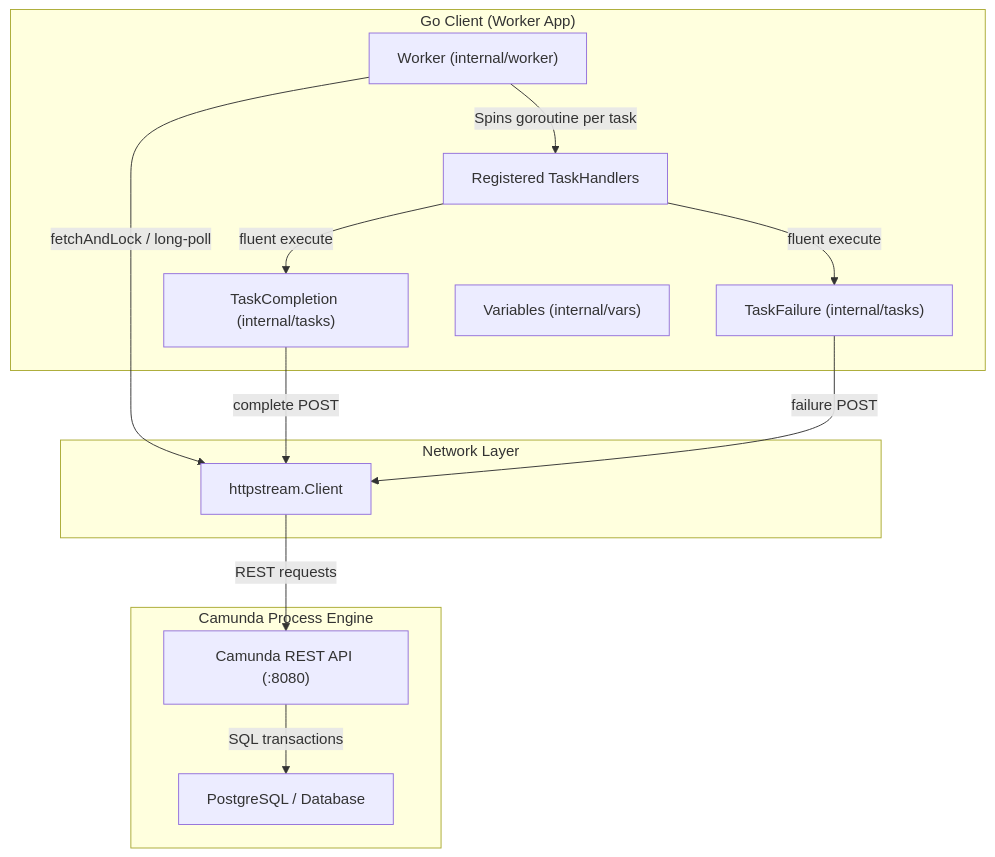
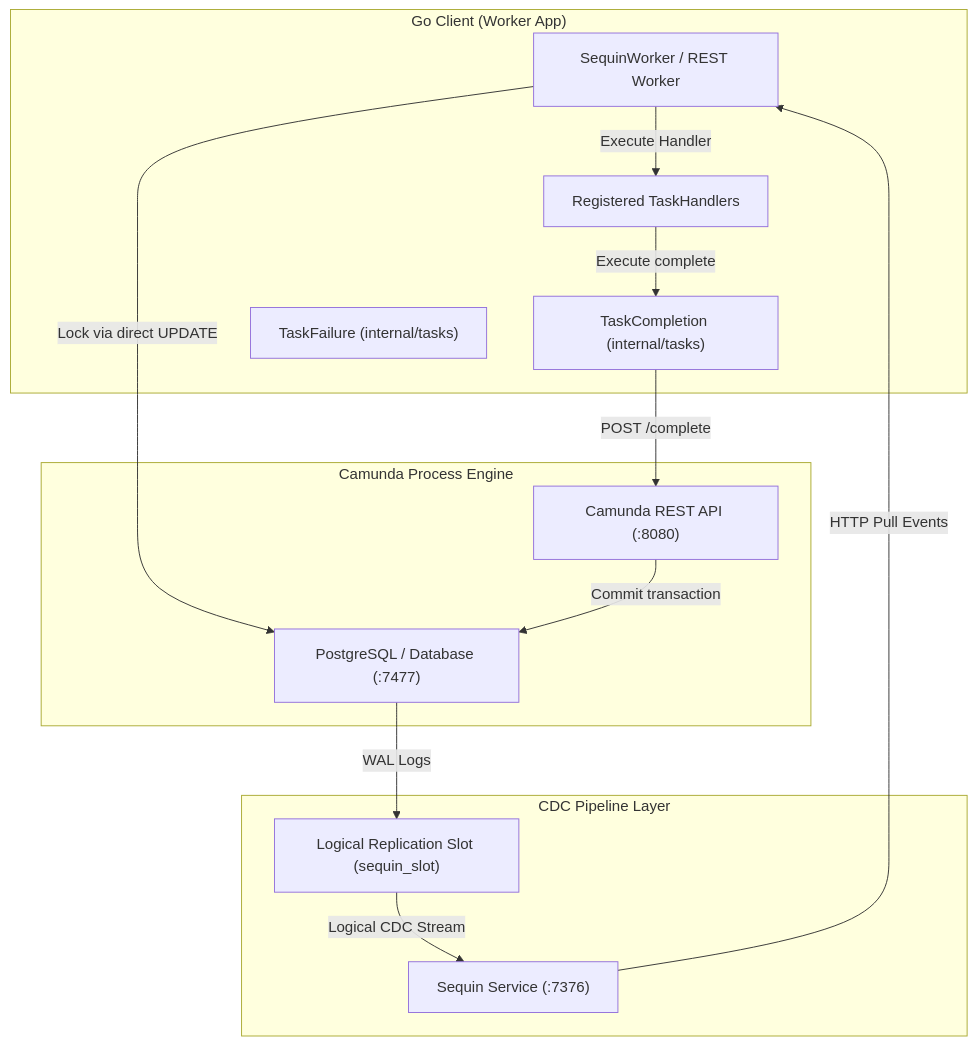
One commit to nativebpm/connectors changed the diagram in camunda/examples/loadtest/camunda-load-test-results.md. Above: the diagram before and after it, drawn with Mermaid. The commit also changed other lines of this file and 4 other files, not shown here.

Commit message:
docs & core: update architectural documentation, tuning configs, and Sequin client optimization for WAL CDC

````diff
--- a/camunda/examples/loadtest/camunda-load-test-results.md
+++ b/camunda/examples/loadtest/camunda-load-test-results.md
@@ -13,29 +15,31 @@
 ```mermaid
 graph TD
     subgraph "Go Client (Worker App)"
-        Worker["Worker (internal/worker)"]
+        Worker["SequinWorker / REST Worker"]
         TC["TaskCompletion (internal/tasks)"]
         TF["TaskFailure (internal/tasks)"]
-        Vars["Variables (internal/vars)"]
         Handlers["Registered TaskHandlers"]
     end
     
-    subgraph "Network Layer"
-        HTTP["httpstream.Client"]
+    subgraph "CDC Pipeline Layer"
+        Sequin["Sequin Service (:7376)"]
+        WAL["Logical Replication Slot (sequin_slot)"]
     end
     
     subgraph "Camunda Process Engine"
         REST["Camunda REST API (:8080)"]
-        DB["PostgreSQL / Database"]
+        DB["PostgreSQL / Database (:7477)"]
     end
 
-    Worker -->|fetchAndLock / long-poll| HTTP
-    HTTP -->|REST requests| REST
-    REST -->|SQL transactions| DB
+    %% WAL CDC path
+    DB -->|WAL Logs| WAL
+    WAL -->|Logical CDC Stream| Sequin
+    Sequin -->|HTTP Pull Events| Worker
     
-    Worker -->|Spins goroutine per task| Handlers
-    Handlers -->|fluent execute| TC
-    Handlers -->|fluent execute| TF
-    TC -->|complete POST| HTTP
-    TF -->|failure POST| HTTP
+    %% Task execution path
+    Worker -->|Lock via direct UPDATE| DB
+    Worker -->|Execute Handler| Handlers
+    Handlers -->|Execute complete| TC
+    TC -->|POST /complete| REST
+    REST -->|Commit transaction| DB
 ```
````
